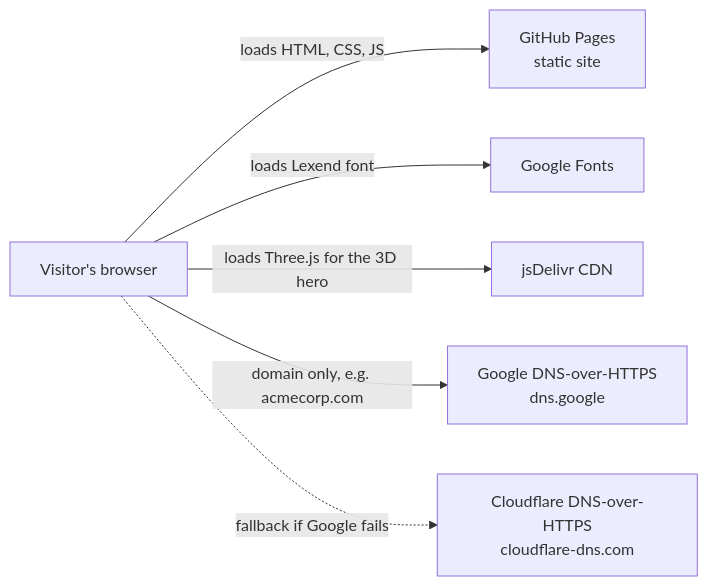
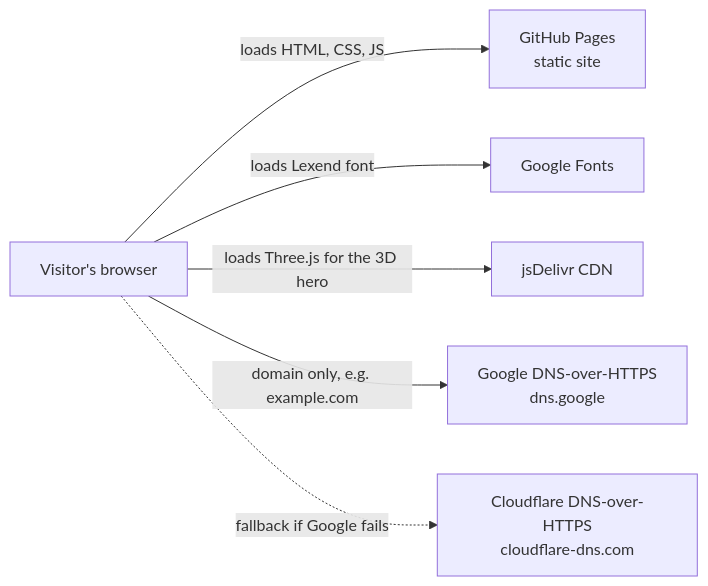
Before and after one commit to nexoradev-stack/Email-Chekkr: the first of 6 diagrams in ARCHITECTURE.md, drawn with Mermaid. The commit also changed 13 other files, not shown here.

````diff
--- a/ARCHITECTURE.md
+++ b/ARCHITECTURE.md
@@ -16,8 +16,8 @@
 ```mermaid
 flowchart LR
   U[Visitor's browser] -->|loads HTML, CSS, JS| GP[GitHub Pages<br/>static site]
   U -->|loads Lexend font| GF[Google Fonts]
   U -->|loads Three.js for the 3D hero| CDN[jsDelivr CDN]
-  U -->|domain only, e.g. acmecorp.com| G[Google DNS-over-HTTPS<br/>dns.google]
+  U -->|domain only, e.g. example.com| G[Google DNS-over-HTTPS<br/>dns.google]
   U -.->|fallback if Google fails| C[Cloudflare DNS-over-HTTPS<br/>cloudflare-dns.com]
 ```
````
